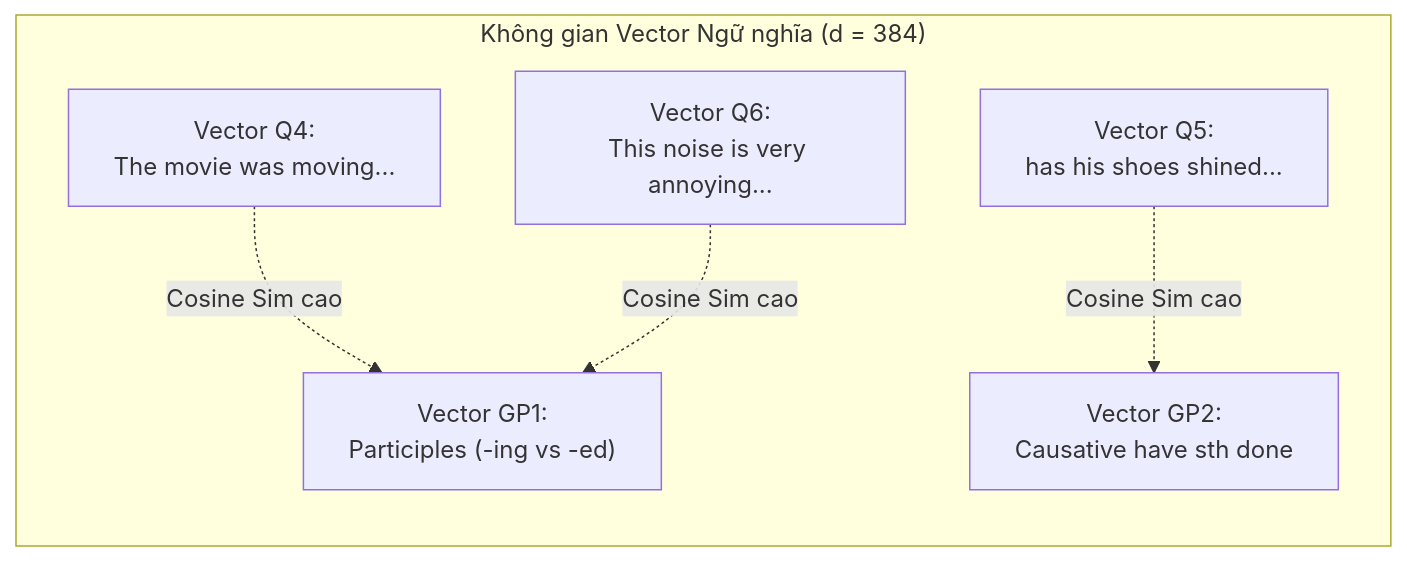
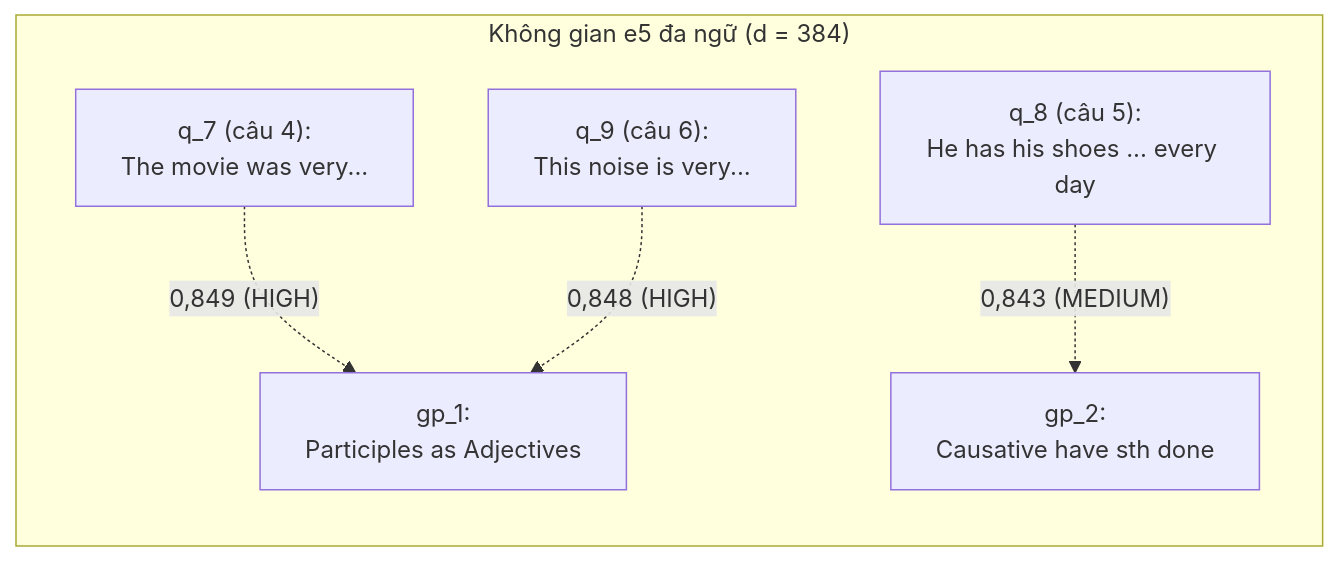
Before and after one commit to CelesEclipse/NLP501_edusync_mvp: the second of 2 diagrams in docs/04_detailed_design_and_qa_plan.md, drawn with Mermaid. The commit also changed other lines of this file and 30 other files, not shown here.

````diff
--- a/docs/04_detailed_design_and_qa_plan.md
+++ b/docs/04_detailed_design_and_qa_plan.md
@@ -67,14 +99,14 @@
 ```mermaid
 graph LR
-    subgraph VectorSpace["Không gian Vector Ngữ nghĩa (d = 384)"]
-        V_GP1["Vector GP1:<br>Participles (-ing vs -ed)"]
-        V_Q4["Vector Q4:<br>The movie was moving..."]
-        V_Q6["Vector Q6:<br>This noise is very annoying..."]
-        V_GP2["Vector GP2:<br>Causative have sth done"]
-        V_Q5["Vector Q5:<br>has his shoes shined..."]
-        
-        V_Q4 -. "Cosine Sim cao" .-> V_GP1
-        V_Q6 -. "Cosine Sim cao" .-> V_GP1
-        V_Q5 -. "Cosine Sim cao" .-> V_GP2
+    subgraph VectorSpace["Không gian e5 đa ngữ (d = 384)"]
+        V_GP1["gp_1:<br>Participles as Adjectives"]
+        V_Q7["q_7 (câu 4):<br>The movie was very..."]
+        V_Q9["q_9 (câu 6):<br>This noise is very..."]
+        V_GP2["gp_2:<br>Causative have sth done"]
+        V_Q8["q_8 (câu 5):<br>He has his shoes ... every day"]
+
+        V_Q7 -. "0,849 (HIGH)" .-> V_GP1
+        V_Q9 -. "0,848 (HIGH)" .-> V_GP1
+        V_Q8 -. "0,843 (MEDIUM)" .-> V_GP2
     end
 ```
````
